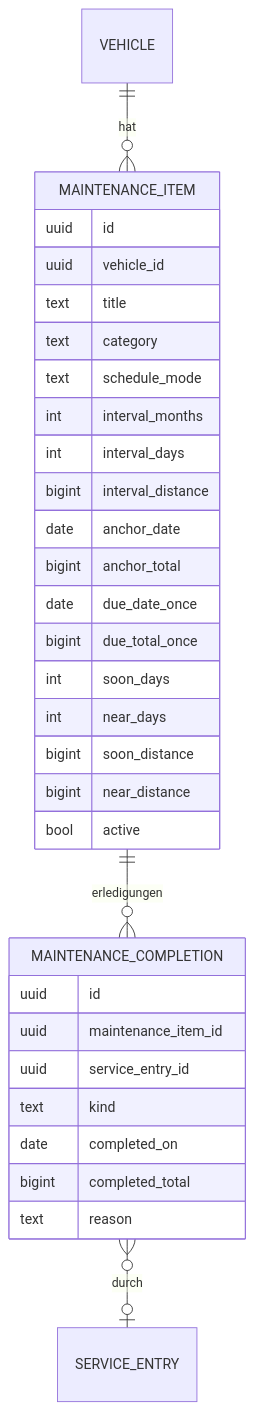
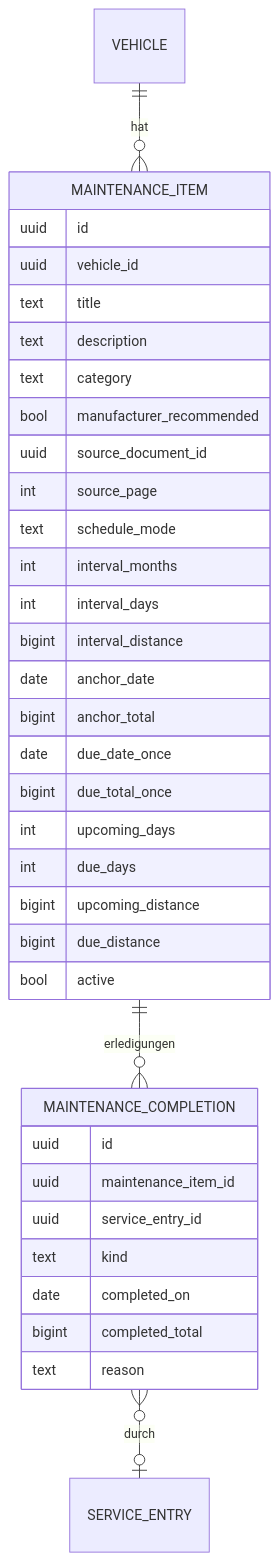
The diagram in docs/phase-2/10-domaene-maintenance.md (Sh1su/vector), drawn with Mermaid before and after one commit. The commit also changed other lines of this file and 13 other files, not shown here.

````diff
--- a/docs/phase-2/10-domaene-maintenance.md
+++ b/docs/phase-2/10-domaene-maintenance.md
@@ -14,35 +14,39 @@
 ```mermaid
 erDiagram
   VEHICLE ||--o{ MAINTENANCE_ITEM : hat
   MAINTENANCE_ITEM ||--o{ MAINTENANCE_COMPLETION : erledigungen
   MAINTENANCE_COMPLETION }o--o| SERVICE_ENTRY : durch
 
   MAINTENANCE_ITEM {
     uuid id
     uuid vehicle_id
     text title
+    text description
     text category
+    bool manufacturer_recommended
+    uuid source_document_id
+    int source_page
     text schedule_mode
     int interval_months
     int interval_days
     bigint interval_distance
     date anchor_date
     bigint anchor_total
     date due_date_once
     bigint due_total_once
-    int soon_days
-    int near_days
-    bigint soon_distance
-    bigint near_distance
+    int upcoming_days
+    int due_days
+    bigint upcoming_distance
+    bigint due_distance
     bool active
   }
   MAINTENANCE_COMPLETION {
     uuid id
     uuid maintenance_item_id
     uuid service_entry_id
     text kind
     date completed_on
     bigint completed_total
     text reason
   }
 ```
````
